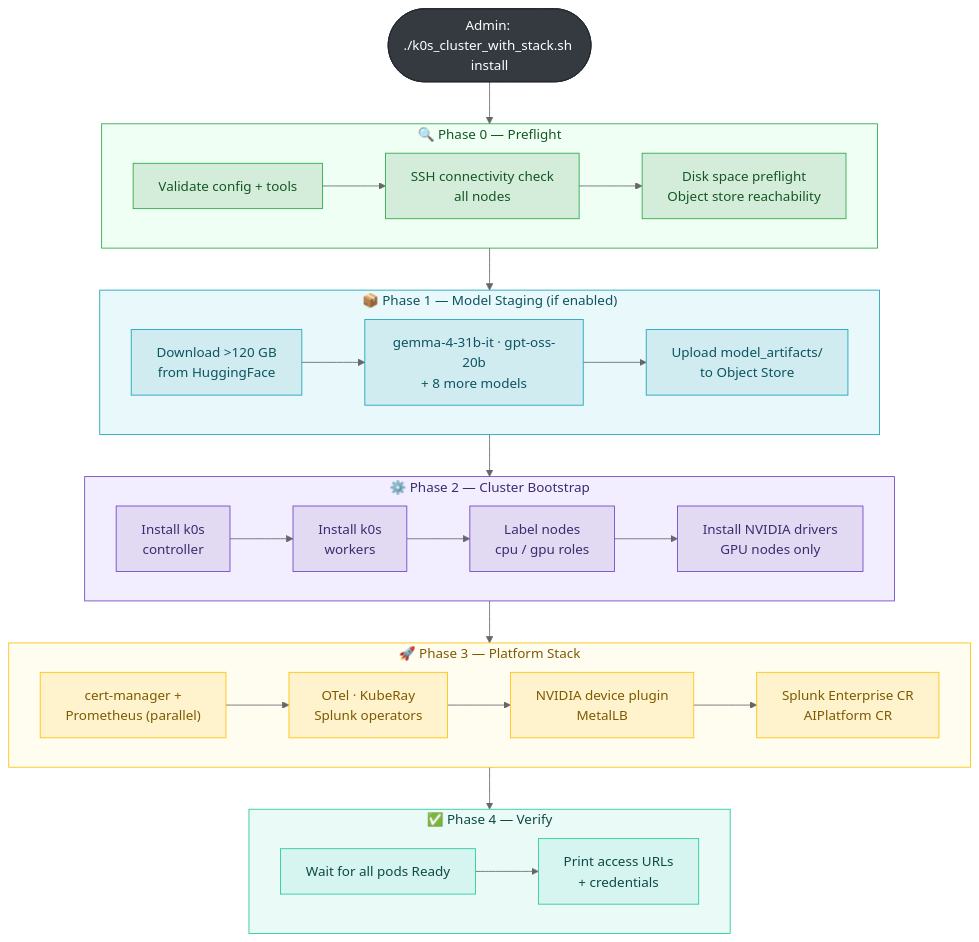
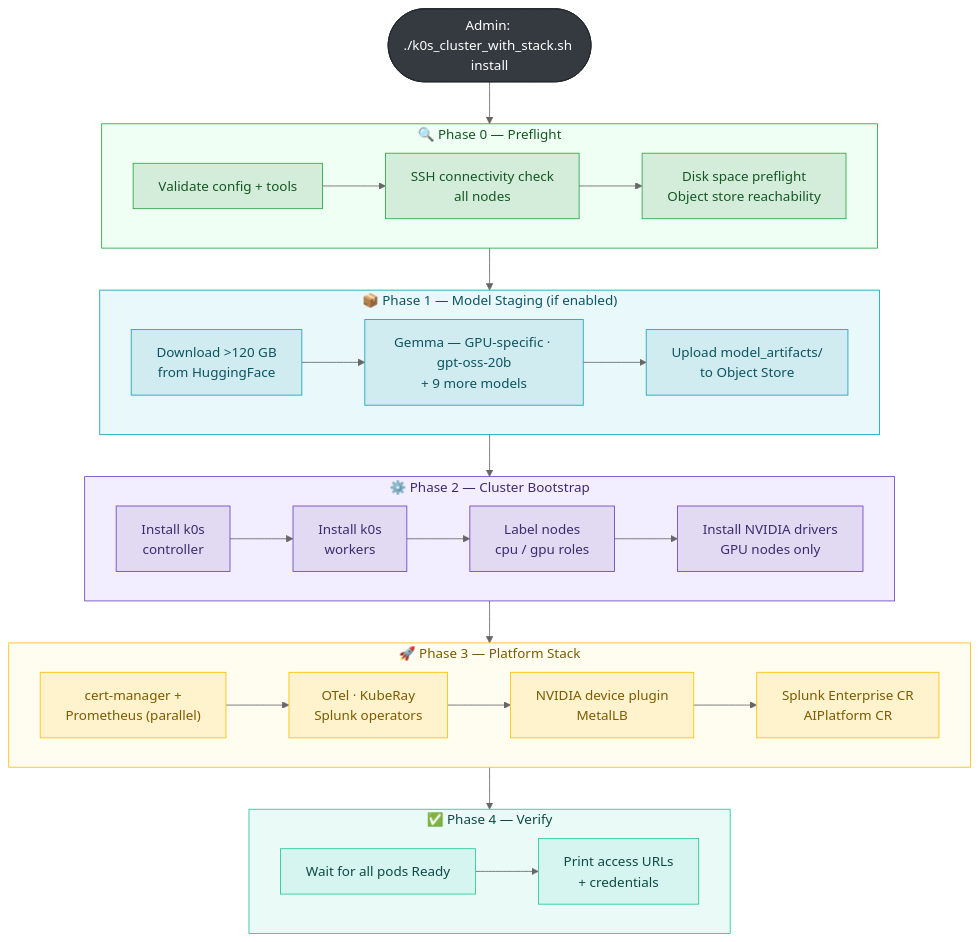
One commit to splunk/splunk-ai-operator changed the fourth of 11 diagrams in tools/cluster_setup/DEPLOYMENT_GUIDE.md. Above: the diagram before and after it, drawn with Mermaid (neutral theme). The commit also changed other lines of this file and 20 other files, not shown here.

````diff
--- a/tools/cluster_setup/DEPLOYMENT_GUIDE.md
+++ b/tools/cluster_setup/DEPLOYMENT_GUIDE.md
@@ -183,56 +200,56 @@
 ```mermaid
 flowchart TD
     START(["Admin: ./k0s_cluster_with_stack.sh install"])
 
     subgraph P0["🔍 Phase 0 — Preflight"]
         direction LR
         V1["Validate config + tools"] --> V2["SSH connectivity check\nall nodes"]
         V2 --> V3["Disk space preflight\nObject store reachability"]
     end
 
     subgraph P1["📦 Phase 1 — Model Staging  (if enabled)"]
         direction LR
-        M1["Download >120 GB\nfrom HuggingFace"] --> M2["gemma-4-31b-it · gpt-oss-20b\n+ 8 more models"]
+        M1["Download >120 GB\nfrom HuggingFace"] --> M2["Gemma — GPU-specific · gpt-oss-20b\n+ 9 more models"]
         M2 --> M3["Upload model_artifacts/\nto Object Store"]
     end
 
     subgraph P2["⚙️ Phase 2 — Cluster Bootstrap"]
         direction LR
         C1["Install k0s\ncontroller"] --> C2["Install k0s\nworkers"]
         C2 --> C3["Label nodes\ncpu / gpu roles"]
         C3 --> C4["Install NVIDIA drivers\nGPU nodes only"]
     end
 
     subgraph P3["🚀 Phase 3 — Platform Stack"]
         direction LR
         H1["cert-manager +\nPrometheus (parallel)"] --> H2["OTel · KubeRay\nSplunk operators"]
         H2 --> H3["NVIDIA device plugin\nMetalLB"]
         H3 --> H4["Splunk Enterprise CR\nAIPlatform CR"]
     end
 
     subgraph P4["✅ Phase 4 — Verify"]
         direction LR
         R1["Wait for all pods Ready"] --> R2["Print access URLs\n+ credentials"]
     end
 
     START --> P0 --> P1 --> P2 --> P3 --> P4
 
     classDef preflight  fill:#d4edda,color:#155724,stroke:#28a745
     classDef staging    fill:#d1ecf1,color:#0c5460,stroke:#17a2b8
     classDef bootstrap  fill:#e2d9f3,color:#3d2b6e,stroke:#6f42c1
     classDef platform   fill:#fff3cd,color:#7d5a00,stroke:#ffc107
     classDef verify     fill:#d6f5f0,color:#0d4a45,stroke:#20c997
 
     class V1,V2,V3 preflight
     class M1,M2,M3 staging
     class C1,C2,C3,C4 bootstrap
     class H1,H2,H3,H4 platform
     class R1,R2 verify
 
     style START fill:#343a40,color:#ffffff,stroke:#212529
     style P0 fill:#f0fff4,color:#155724,stroke:#28a745
     style P1 fill:#e8f8fb,color:#0c5460,stroke:#17a2b8
     style P2 fill:#f3eeff,color:#3d2b6e,stroke:#6f42c1
     style P3 fill:#fffdf0,color:#7d5a00,stroke:#ffc107
     style P4 fill:#eafaf7,color:#0d4a45,stroke:#20c997
 ```
````
